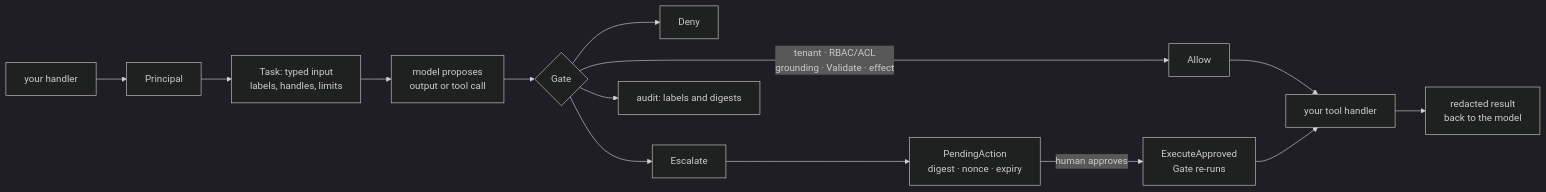
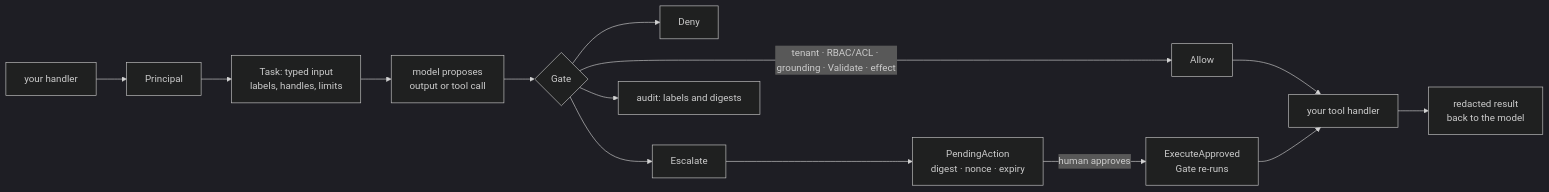
The diagram in README.md (KirillYuzh/Gobellim), drawn with Mermaid (dark theme) before and after one commit. The commit also changed 1 other file, not shown here.

Commit message:
docs: sync the README mermaid label

````diff
--- a/README.md
+++ b/README.md
@@ -90,16 +90,16 @@
 ```mermaid
 flowchart LR
     H["your handler"] --> P["Principal"]
     P --> T["Task: typed input<br/>labels, handles, limits"]
     T --> M["model proposes<br/>output or tool call"]
     M --> G{"Gate"}
-    G -->|"tenant · RBAC/ACL<br/>grounding · Validate · effect"| A["Allow"]
+    G -->|"tenant · RBAC/ACL · grounding · Validate · effect"| A["Allow"]
     G --> D["Deny"]
     G --> E["Escalate"]
     A --> X["your tool handler"]
     X --> R["redacted result<br/>back to the model"]
     E --> C["PendingAction<br/>digest · nonce · expiry"]
     C -->|"human approves"| EA["ExecuteApproved<br/>Gate re-runs"]
     EA --> X
     G --> AU["audit: labels and digests"]
 ```
````
